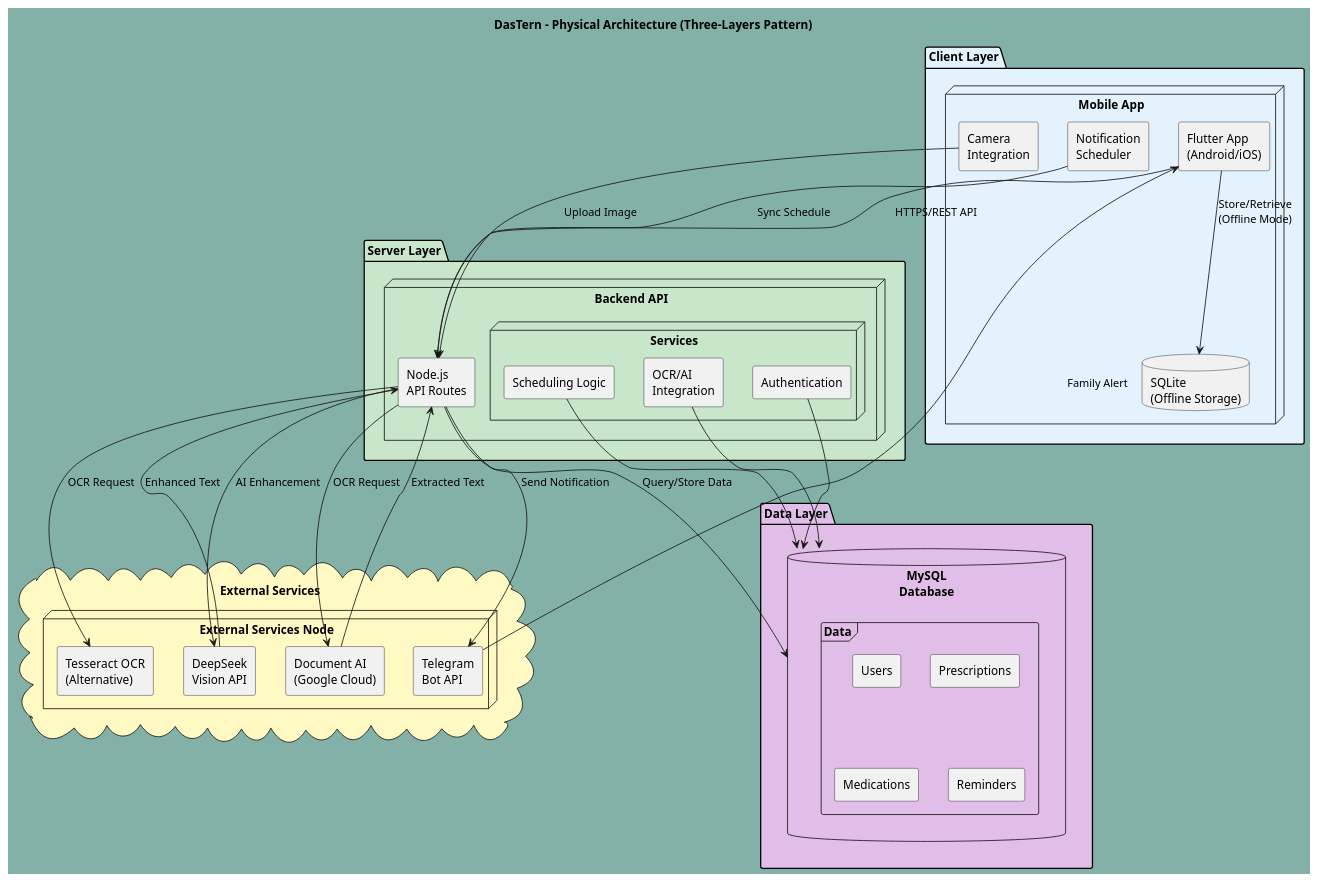
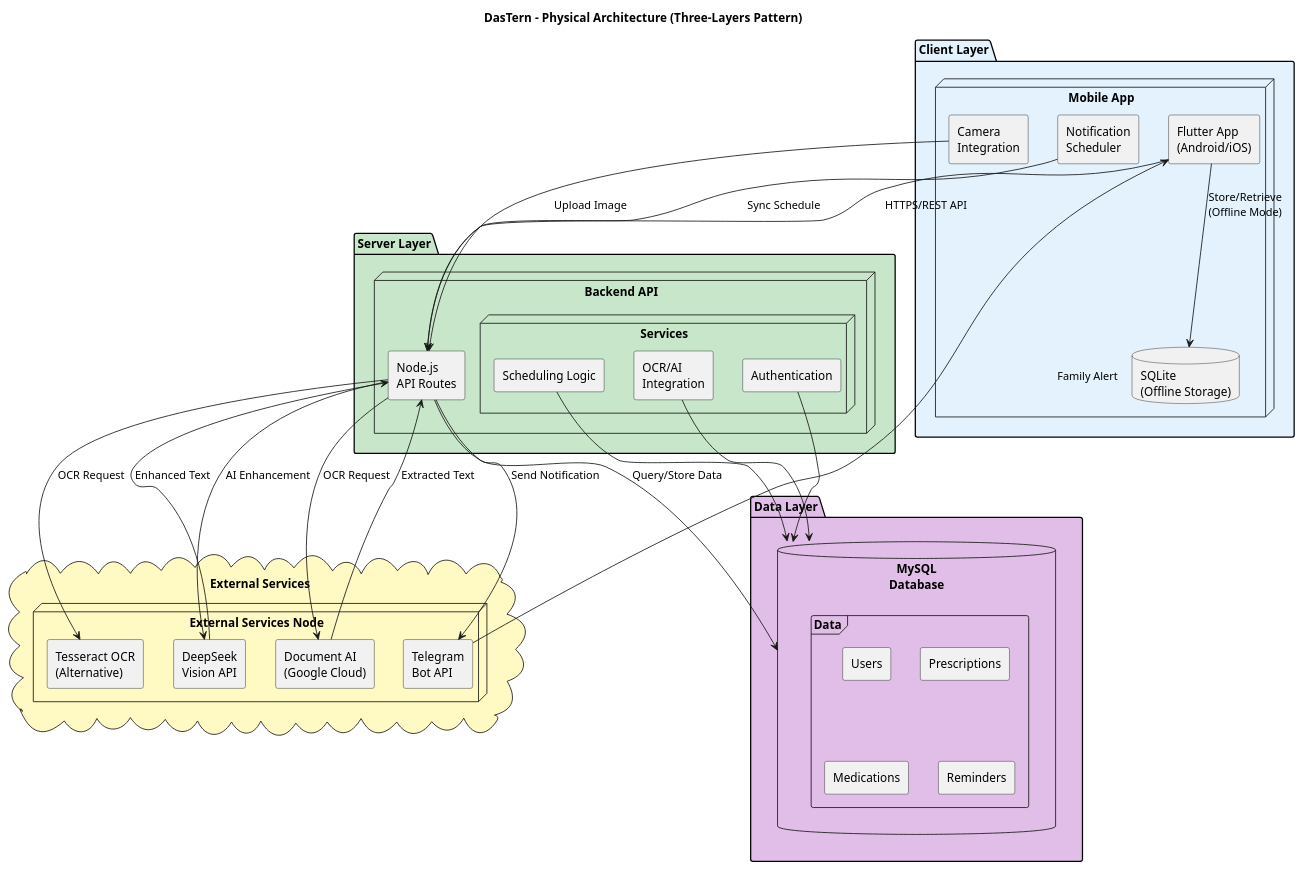
The diagram in capstone1/UMLDiagram/physical_architecture.puml (Choeng-Rayu/DasTern-Project), drawn with PlantUML before and after one commit. The commit also changed 2316 other files, not shown here.

```diff
--- a/capstone1/UMLDiagram/physical_architecture.puml
+++ b/capstone1/UMLDiagram/physical_architecture.puml
@@ -1,75 +1,75 @@
 @startuml PhysicalArchitecture
-skinparam backgroundColor #83b1a7ff
+skinparam backgroundColor #ffffff
 skinparam componentStyle rectangle
 skinparam nodeStyle rectangle
 
 title DasTern - Physical Architecture (Three-Layers Pattern)
 
 package "Client Layer" #E3F2FD {
     node "Mobile App" {
         component [Flutter App\n(Android/iOS)] as flutter
         database "SQLite\n(Offline Storage)" as sqlite
         component [Camera\nIntegration] as camera
         component [Notification\nScheduler] as scheduler
     }
 }
 
 package "Server Layer" #C8E6C9 {
     node "Backend API" {
         ' component [Node.js\nRuntime] as nodejs
         component [Node.js\nAPI Routes] as nextjs
         node "Services" {
             component [Authentication] as auth
             component [Scheduling Logic] as schedlogic
             component [OCR/AI\nIntegration] as ocrai
         }
     }
 }
 
 package "Data Layer" #E1BEE7 {
     database "MySQL\nDatabase" as mysql {
         frame "Data" {
             [Users]
             [Prescriptions]
             [Medications]
             [Reminders]
             ' [Appointments]
         }
     }
 }
 
 cloud "External Services" #FFF9C4 {
     node "External Services Node" {
         component [Document AI\n(Google Cloud)] as docai
         component [Tesseract OCR\n(Alternative)] as tesseract
         component [DeepSeek\nVision API] as deepseek
         component [Telegram\nBot API] as telegram
     }
 }
 
 ' Connections - Client to Server
 flutter -down-> nextjs : HTTPS/REST API
 camera -down-> nextjs : Upload Image
 scheduler -down-> nextjs : Sync Schedule
 
 ' Server to Data
 nextjs -down-> mysql : Query/Store Data
 auth -down-> mysql
 schedlogic -down-> mysql
 ocrai -down-> mysql
 
 ' Server to External Services
 nextjs -right-> docai : OCR Request
 nextjs -right-> tesseract : OCR Request
 nextjs -right-> deepseek : AI Enhancement
 nextjs -right-> telegram : Send Notification
 
 ' External to Client
 telegram -up-> flutter : Family Alert
 deepseek -up-> nextjs : Enhanced Text
 docai -up-> nextjs : Extracted Text
 
 ' Local storage
 flutter -down-> sqlite : Store/Retrieve\n(Offline Mode)
 
 @enduml
```
